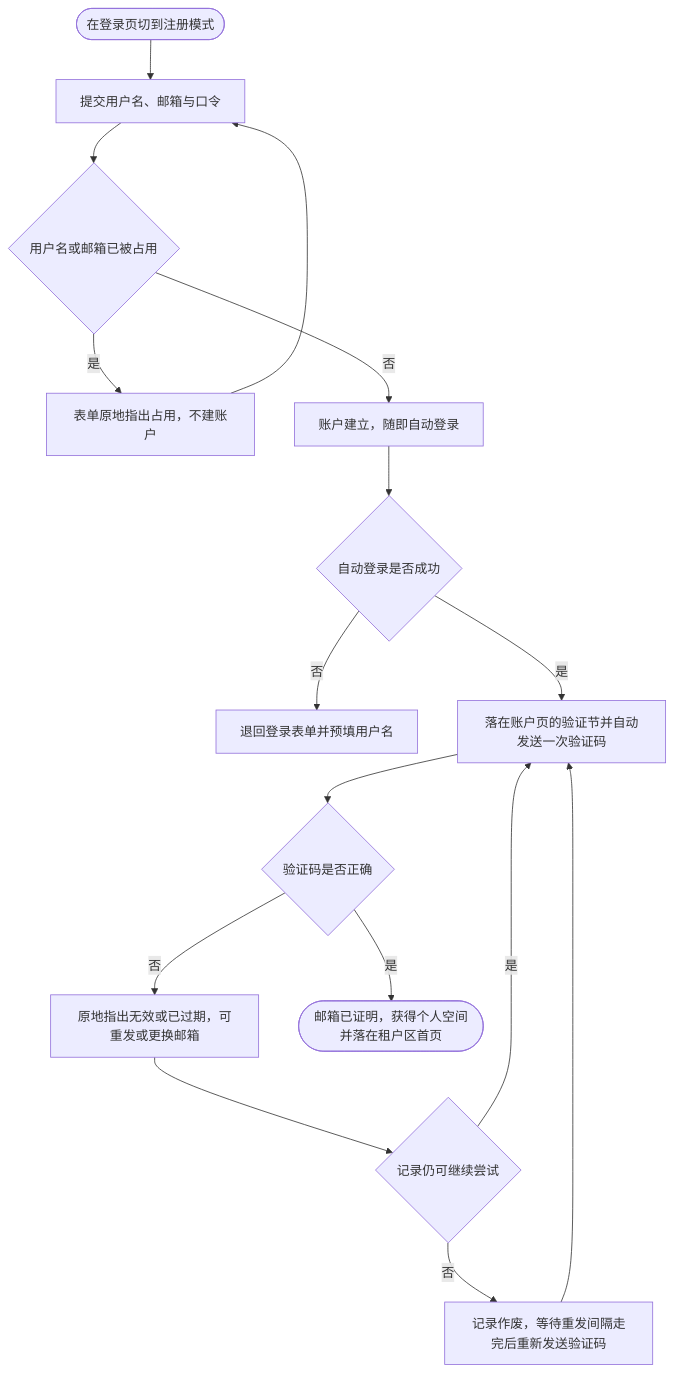
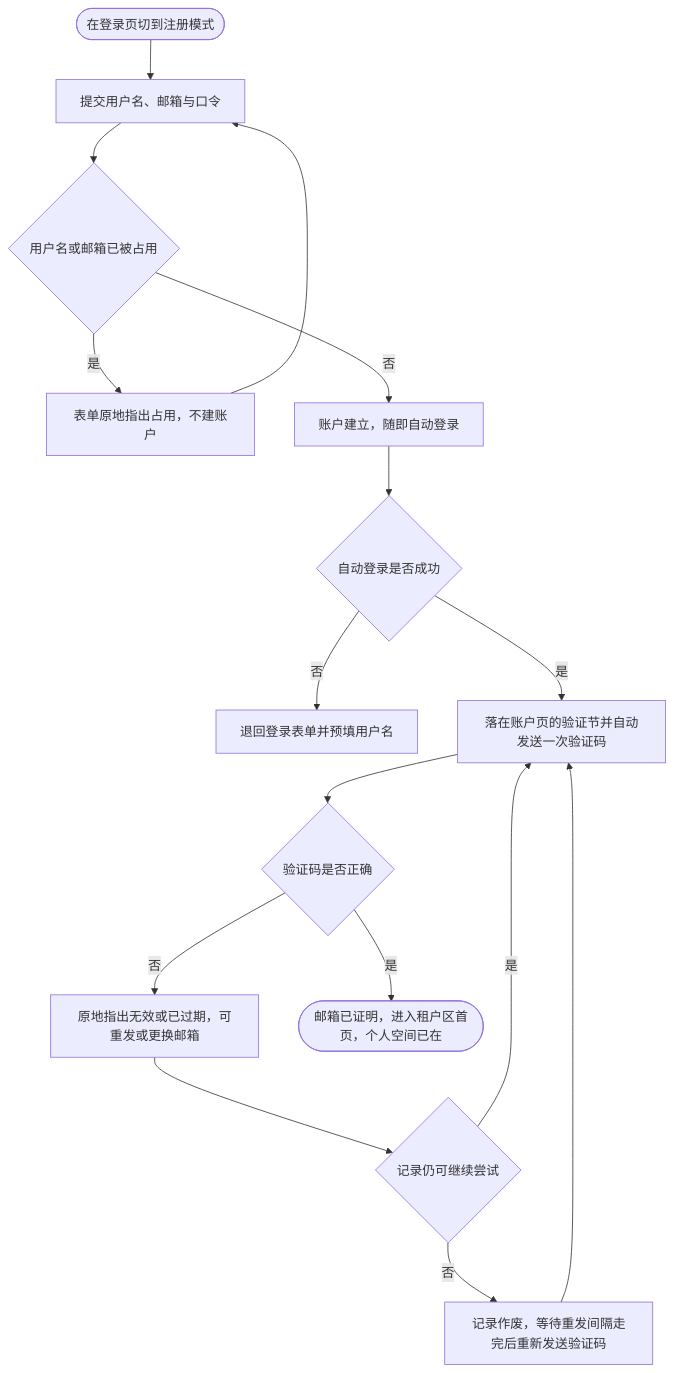
Before and after one commit to wangzw/speed: the diagram in docs/prd/journeys/journey-first-registration-to-personal-workspace.md, drawn with Mermaid. The commit also changed other lines of this file and 7 other files, not shown here.

````diff
--- a/docs/prd/journeys/journey-first-registration-to-personal-workspace.md
+++ b/docs/prd/journeys/journey-first-registration-to-personal-workspace.md
@@ -42,18 +42,18 @@
 ```mermaid
 flowchart TD
     start([在登录页切到注册模式]) --> submit[提交用户名、邮箱与口令]
     submit --> taken{用户名或邮箱已被占用}
     taken -->|是| conflict[表单原地指出占用，不建账户]
     conflict --> submit
     taken -->|否| account[账户建立，随即自动登录]
     account --> auto{自动登录是否成功}
     auto -->|否| back[退回登录表单并预填用户名]
     auto -->|是| verify[落在账户页的验证节并自动发送一次验证码]
     verify --> code{验证码是否正确}
     code -->|否| retry[原地指出无效或已过期，可重发或更换邮箱]
     retry --> attempts{记录仍可继续尝试}
     attempts -->|是| verify
     attempts -->|否| resend[记录作废，等待重发间隔走完后重新发送验证码]
     resend --> verify
-    code -->|是| done([邮箱已证明，获得个人空间并落在租户区首页])
+    code -->|是| done([邮箱已证明，进入租户区首页，个人空间已在])
 ```
````
